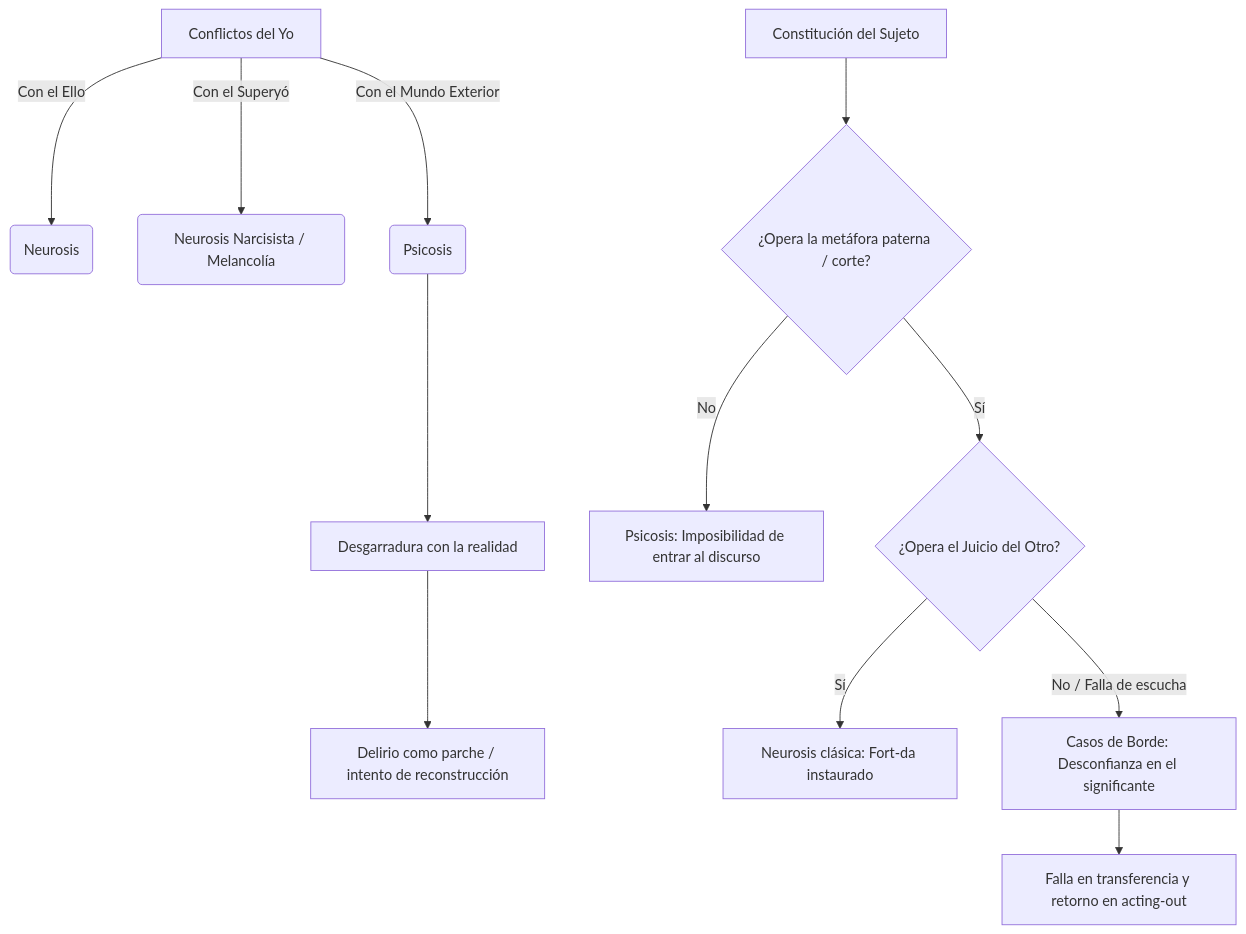
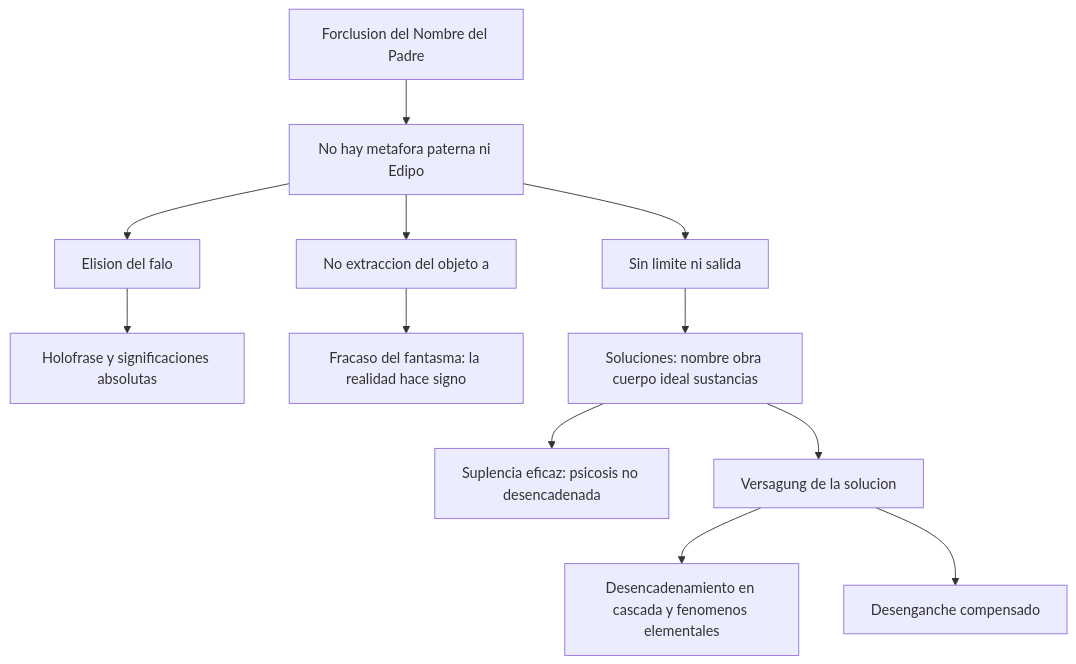
The diagram in 2do Año/Psicoanálisis/3_Guias_de_Estudio/C17_18_PsicosisYForclusionDelNombreDelPadre_Guia.md (Franco4447/psicologia-favaloro), drawn with Mermaid before and after one commit. The commit also changed other lines of this file and 45 other files, not shown here.

````diff
--- a/2do Año/Psicoanálisis/3_Guias_de_Estudio/C17_18_PsicosisYForclusionDelNombreDelPadre_Guia.md
+++ b/2do Año/Psicoanálisis/3_Guias_de_Estudio/C17_18_PsicosisYForclusionDelNombreDelPadre_Guia.md
@@ -53,14 +254,14 @@
 ```mermaid
 graph TD
-    A[Conflictos del Yo] -->|Con el Ello| B(Neurosis)
-    A -->|Con el Superyó| C(Neurosis Narcisista / Melancolía)
-    A -->|Con el Mundo Exterior| D(Psicosis)
-    D --> E[Desgarradura con la realidad]
-    E --> F[Delirio como parche / intento de reconstrucción]
-    G[Constitución del Sujeto] --> H{¿Opera la metáfora paterna / corte?}
-    H -->|No| I[Psicosis: Imposibilidad de entrar al discurso]
-    H -->|Sí| J{¿Opera el Juicio del Otro?}
-    J -->|Sí| K[Neurosis clásica: Fort-da instaurado]
-    J -->|No / Falla de escucha| L[Casos de Borde: Desconfianza en el significante]
-    L --> M[Falla en transferencia y retorno en acting-out]
+    A[Forclusion del Nombre del Padre] --> B[No hay metafora paterna ni Edipo]
+    B --> C[Sin limite ni salida]
+    B --> D[Elision del falo]
+    B --> E[No extraccion del objeto a]
+    D --> F[Holofrase y significaciones absolutas]
+    E --> G[Fracaso del fantasma: la realidad hace signo]
+    C --> H[Soluciones: nombre obra cuerpo ideal sustancias]
+    H --> I[Suplencia eficaz: psicosis no desencadenada]
+    H --> J[Versagung de la solucion]
+    J --> K[Desencadenamiento en cascada y fenomenos elementales]
+    J --> L[Desenganche compensado]
 ```
````
